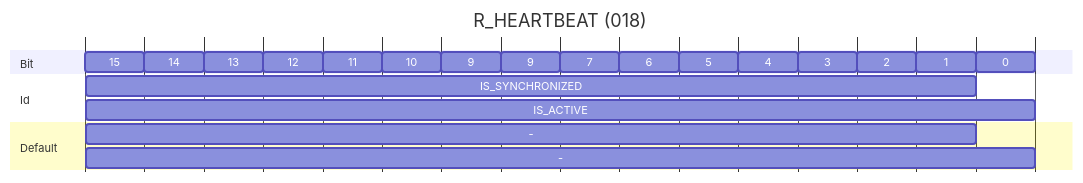
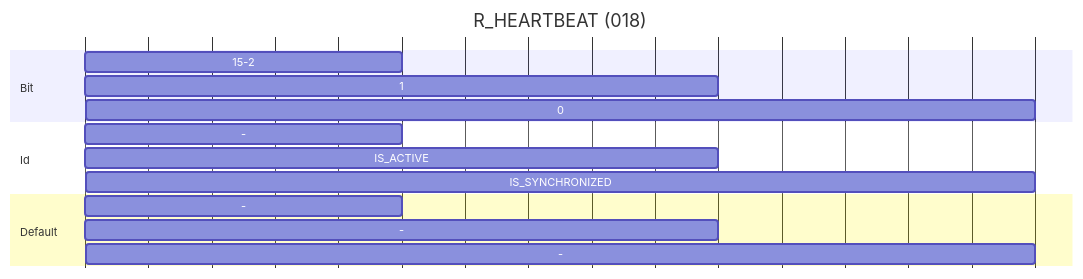
Before and after one commit to harp-tech/protocol: the ninth of 9 diagrams in Device.md, drawn with Mermaid.

Commit message:
Reduce size of reserved bits in register diagram

````diff
--- a/Device.md
+++ b/Device.md
@@ -437,35 +437,24 @@
 ```mermaid
 ---
 displayMode: compact
 ---
 gantt
     title R_HEARTBEAT (018)
     dateFormat X
     axisFormat %
 
     section Bit
-    15      :bit15, 0, 1
-    14      :bit14, after bit15  , 2
-    13      :bit13, after bit14  , 3
-    12      :bit12, after bit13  , 4
-    11      :bit11, after bit12  , 5
-    10     :bit10, after bit11  , 6
-    9      :bit9, after bit10  , 7
-    9      :bit8, after bit9  , 8
-    7      :bit7, after bit8  , 9
-    6      :bit6, after bit7  , 10
-    5      :bit5, after bit6  , 11
-    4      :bit4, after bit5  , 12
-    3      :bit3, after bit4  , 13
-    2      :bit2, after bit3  , 14
-    1      :bit1, after bit2  , 15
-    0      :bit0, after bit1  , 16
+    15-2      :reserved, 0, 1
+    1         :bit1, 1, 2
+    0         :bit0, 2, 3
 
     section Id
-    IS_ACTIVE      :id0, 15, 16
-    IS_SYNCHRONIZED      :id1, 14, 15
+    -               :idr, 0, 1
+    IS_ACTIVE       :id0, 1, 2
+    IS_SYNCHRONIZED :id1, 2, 3
 
     section Default
-    -      :d7, 15, 16
-    -      :d6, 14  , 15
+    -      :dr, 0, 1
+    -      :d7, 1, 2
+    -      :d6, 2, 3
 ```
````
